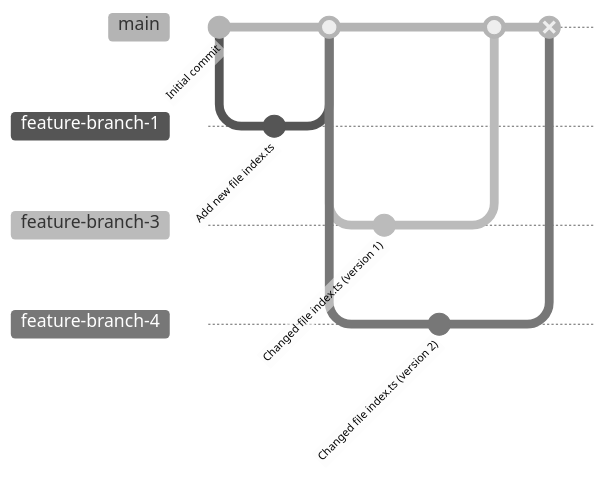
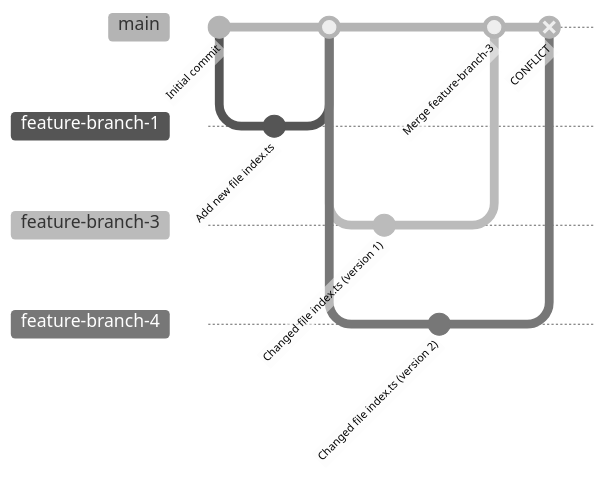
One commit to nerdschoolbergen/git changed the third of 4 diagrams in exercise-2/README.md. Above: the diagram before and after it, drawn with Mermaid (neutral theme). The commit also changed other lines of this file, not shown here.

Commit message:
Added images and show git graph for finished merges

````diff
--- a/exercise-2/README.md
+++ b/exercise-2/README.md
@@ -94,17 +103,17 @@
 ```mermaid
 gitGraph
    commit id: "Initial commit"
    branch feature-branch-1
    checkout feature-branch-1
    commit id: "Add new file index.ts"
    checkout main
    merge feature-branch-1
    branch feature-branch-3
    commit id: "Changed file index.ts (version 1)"
    checkout main
    branch feature-branch-4
    commit id: "Changed file index.ts (version 2)"
    checkout main
-   merge feature-branch-3
-   merge feature-branch-4 type: REVERSE
+   merge feature-branch-3 id: "Merge feature-branch-3"
+   merge feature-branch-4 type: REVERSE id: "CONFLICT"
 ```
````
